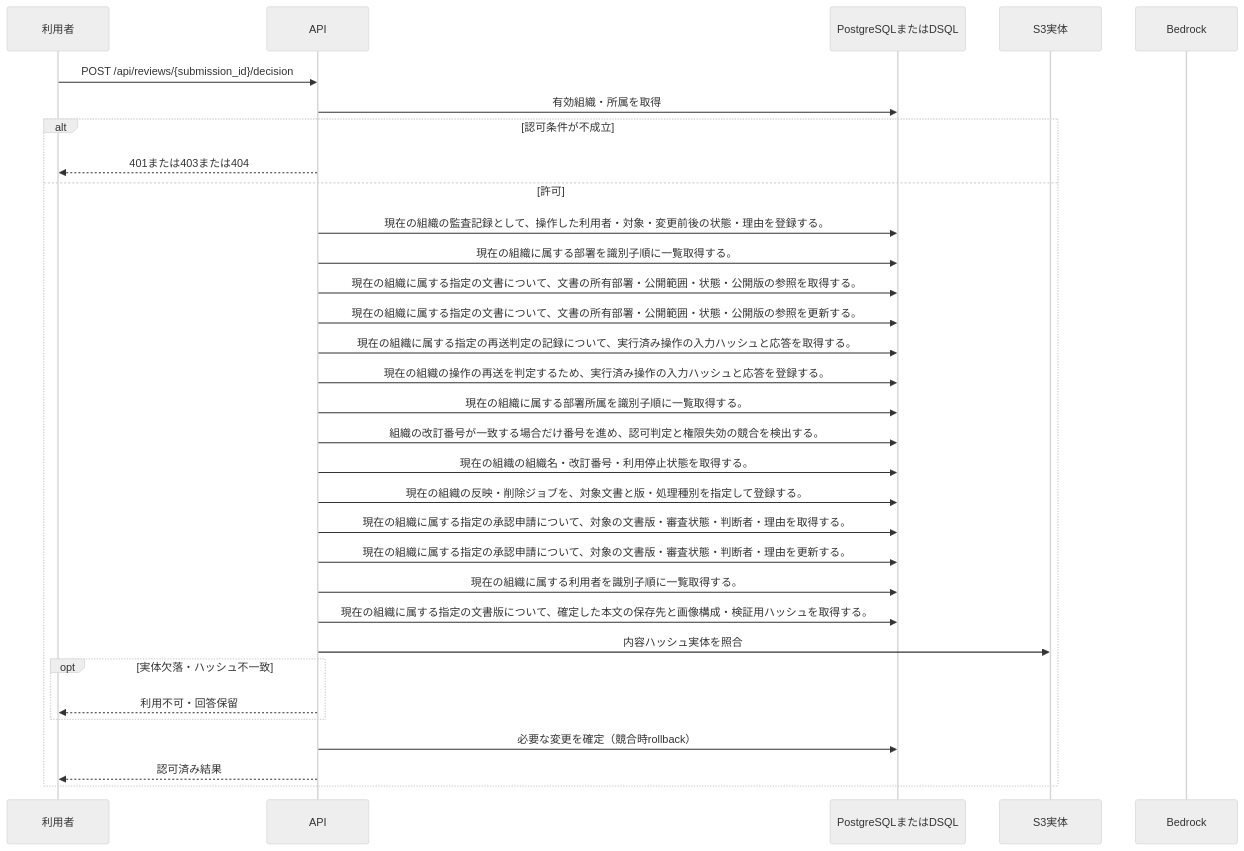
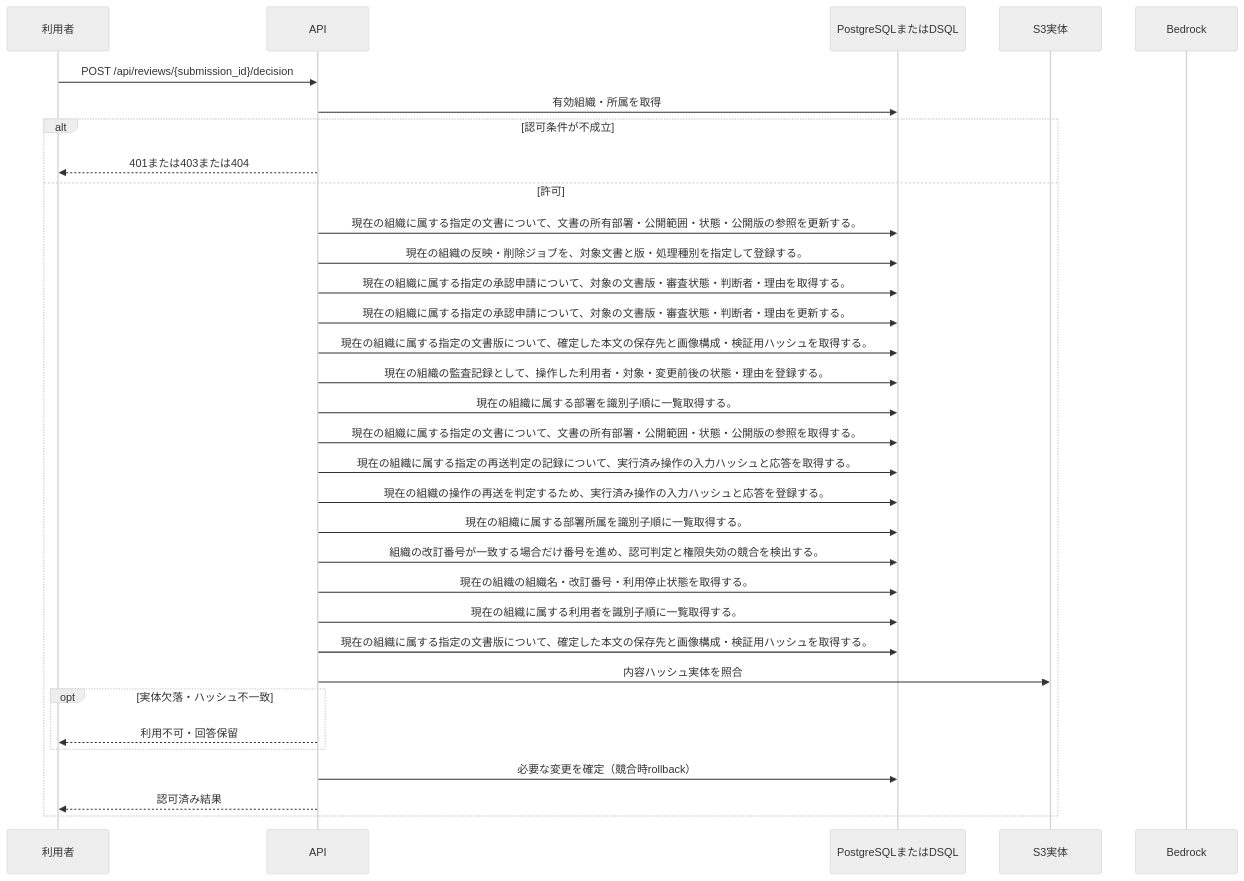
The diagram in docs/design/generated/api/reviews/decide_review/sequence.md (tsuji-tomonori/KotoRelay), drawn with Mermaid (neutral theme) before and after one commit. The commit also changed other lines of this file and 628 other files, not shown here.

````diff
--- a/docs/design/generated/api/reviews/decide_review/sequence.md
+++ b/docs/design/generated/api/reviews/decide_review/sequence.md
@@ -7,34 +7,35 @@
 ```mermaid
 sequenceDiagram
     participant U as 利用者
     participant A as API
     participant D as PostgreSQLまたはDSQL
     participant S as S3実体
     participant M as Bedrock
     U->>A: POST /api/reviews/{submission_id}/decision
     A->>D: 有効組織・所属を取得
     alt 認可条件が不成立
         A-->>U: 401または403または404
     else 許可
+        A->>D: 現在の組織に属する指定の文書について、文書の所有部署・公開範囲・状態・公開版の参照を更新する。
+        A->>D: 現在の組織の反映・削除ジョブを、対象文書と版・処理種別を指定して登録する。
+        A->>D: 現在の組織に属する指定の承認申請について、対象の文書版・審査状態・判断者・理由を取得する。
+        A->>D: 現在の組織に属する指定の承認申請について、対象の文書版・審査状態・判断者・理由を更新する。
+        A->>D: 現在の組織に属する指定の文書版について、確定した本文の保存先と画像構成・検証用ハッシュを取得する。
         A->>D: 現在の組織の監査記録として、操作した利用者・対象・変更前後の状態・理由を登録する。
         A->>D: 現在の組織に属する部署を識別子順に一覧取得する。
         A->>D: 現在の組織に属する指定の文書について、文書の所有部署・公開範囲・状態・公開版の参照を取得する。
-        A->>D: 現在の組織に属する指定の文書について、文書の所有部署・公開範囲・状態・公開版の参照を更新する。
         A->>D: 現在の組織に属する指定の再送判定の記録について、実行済み操作の入力ハッシュと応答を取得する。
         A->>D: 現在の組織の操作の再送を判定するため、実行済み操作の入力ハッシュと応答を登録する。
         A->>D: 現在の組織に属する部署所属を識別子順に一覧取得する。
         A->>D: 組織の改訂番号が一致する場合だけ番号を進め、認可判定と権限失効の競合を検出する。
         A->>D: 現在の組織の組織名・改訂番号・利用停止状態を取得する。
-        A->>D: 現在の組織の反映・削除ジョブを、対象文書と版・処理種別を指定して登録する。
-        A->>D: 現在の組織に属する指定の承認申請について、対象の文書版・審査状態・判断者・理由を取得する。
-        A->>D: 現在の組織に属する指定の承認申請について、対象の文書版・審査状態・判断者・理由を更新する。
         A->>D: 現在の組織に属する利用者を識別子順に一覧取得する。
         A->>D: 現在の組織に属する指定の文書版について、確定した本文の保存先と画像構成・検証用ハッシュを取得する。
         A->>S: 内容ハッシュ実体を照合
         opt 実体欠落・ハッシュ不一致
             A-->>U: 利用不可・回答保留
         end
         A->>D: 必要な変更を確定（競合時rollback）
         A-->>U: 認可済み結果
     end
 ```
````
